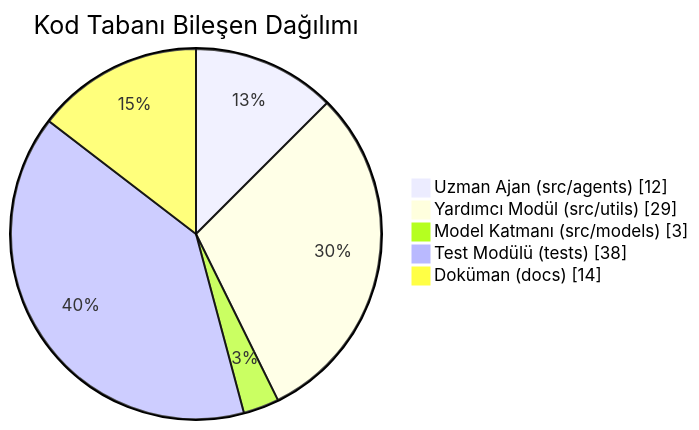
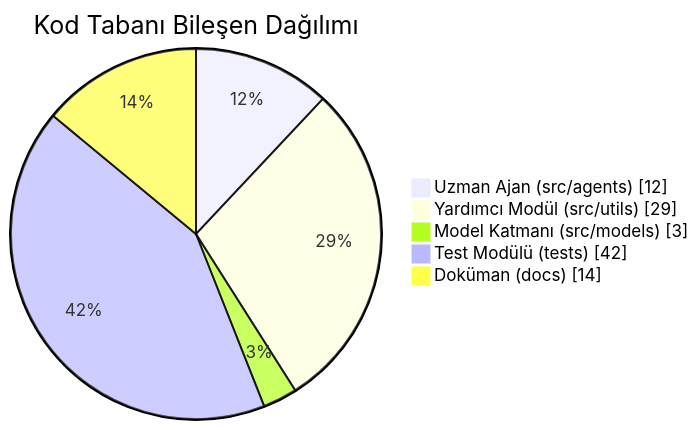
One commit to msgxr/teknofest-2026-kamu-evrak-akilli-ajan changed the fourth of 28 diagrams in README.md. Above: the diagram before and after it, drawn with Mermaid. The commit also changed other lines of this file and 16 other files, not shown here.

````diff
--- a/README.md
+++ b/README.md
@@ -286,9 +286,9 @@
 ```mermaid
 pie showData
     title Kod Tabanı Bileşen Dağılımı
     "Uzman Ajan (src/agents)" : 12
     "Yardımcı Modül (src/utils)" : 29
     "Model Katmanı (src/models)" : 3
-    "Test Modülü (tests)" : 38
+    "Test Modülü (tests)" : 42
     "Doküman (docs)" : 14
 ```
````
